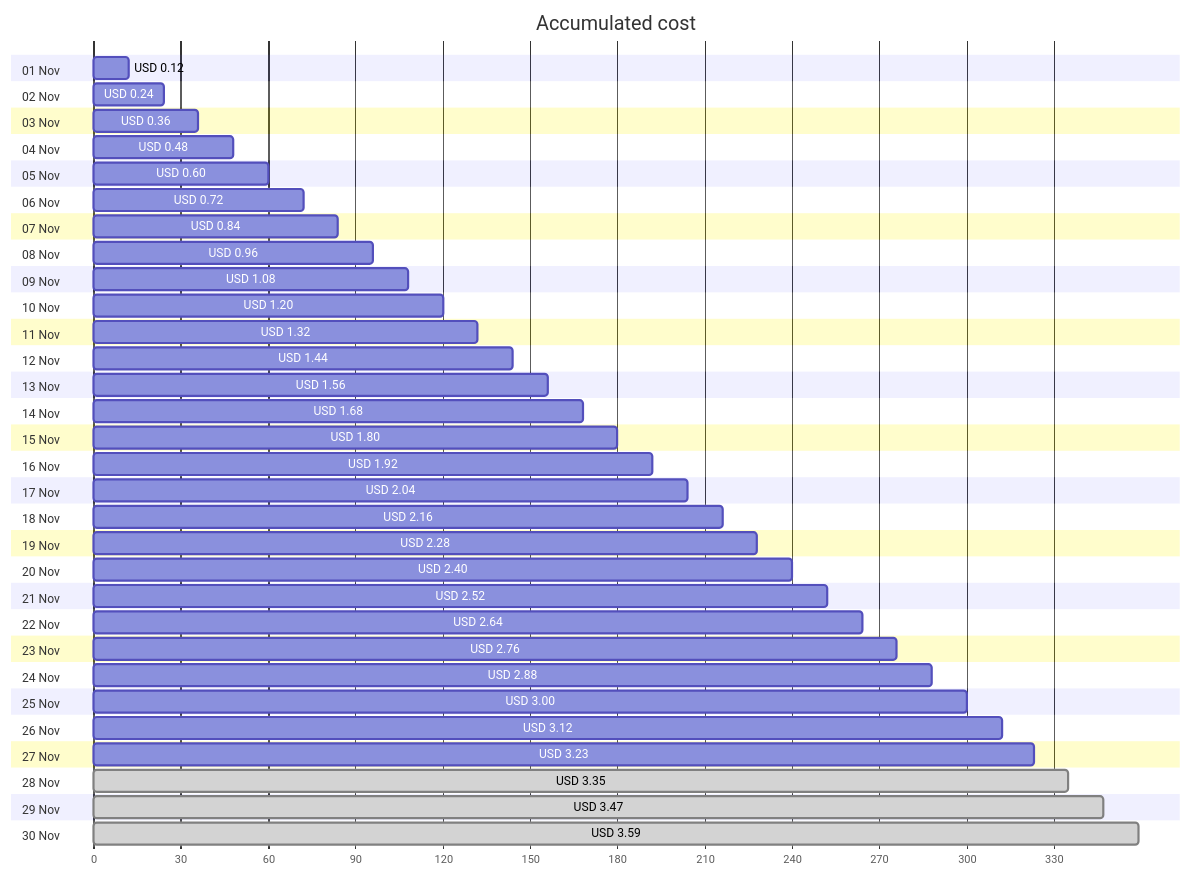
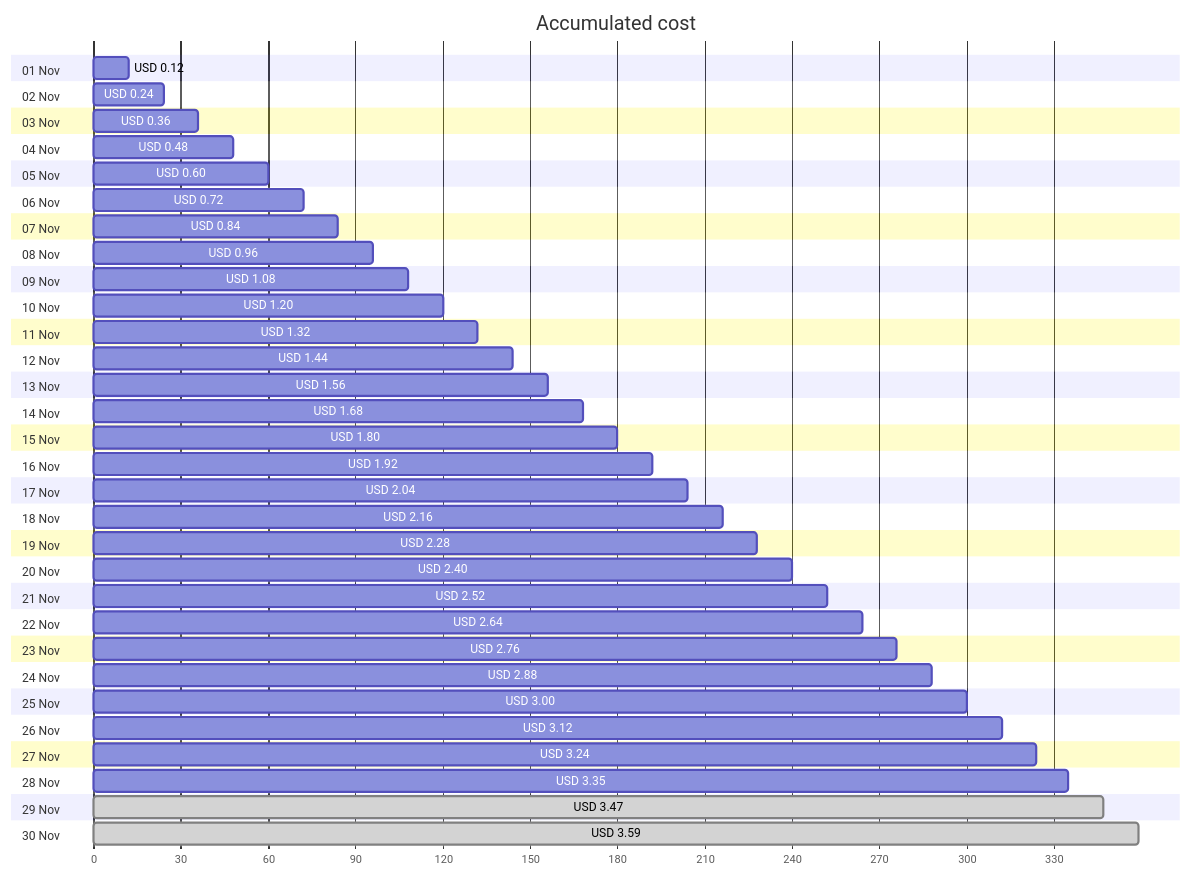
The first of 4 diagrams in cost-reports/personal-network/backup-server-public-ip.md (jpfulton/azure-personal-reports), drawn with Mermaid before and after one commit. The commit also changed other lines of this file and 8 other files, not shown here.

````diff
--- a/cost-reports/personal-network/backup-server-public-ip.md
+++ b/cost-reports/personal-network/backup-server-public-ip.md
@@ -20,66 +20,66 @@
 ```mermaid
 gantt
    title Accumulated cost
    dateFormat  X
    axisFormat %s
    section 01 Nov
    USD 0.12 :0, 12
    section 02 Nov
    USD 0.24 :0, 24
    section 03 Nov
    USD 0.36 :0, 36
    section 04 Nov
    USD 0.48 :0, 48
    section 05 Nov
    USD 0.60 :0, 60
    section 06 Nov
    USD 0.72 :0, 72
    section 07 Nov
    USD 0.84 :0, 84
    section 08 Nov
    USD 0.96 :0, 96
    section 09 Nov
    USD 1.08 :0, 108
    section 10 Nov
    USD 1.20 :0, 120
    section 11 Nov
    USD 1.32 :0, 132
    section 12 Nov
    USD 1.44 :0, 144
    section 13 Nov
    USD 1.56 :0, 156
    section 14 Nov
    USD 1.68 :0, 168
    section 15 Nov
    USD 1.80 :0, 180
    section 16 Nov
    USD 1.92 :0, 192
    section 17 Nov
    USD 2.04 :0, 204
    section 18 Nov
    USD 2.16 :0, 216
    section 19 Nov
    USD 2.28 :0, 228
    section 20 Nov
    USD 2.40 :0, 240
    section 21 Nov
    USD 2.52 :0, 252
    section 22 Nov
    USD 2.64 :0, 264
    section 23 Nov
    USD 2.76 :0, 276
    section 24 Nov
    USD 2.88 :0, 288
    section 25 Nov
    USD 3.00 :0, 300
    section 26 Nov
    USD 3.12 :0, 312
    section 27 Nov
-   USD 3.23 :0, 323
+   USD 3.24 :0, 324
    section 28 Nov
-   USD 3.35 : done, 0, 335
+   USD 3.35 :0, 335
    section 29 Nov
    USD 3.47 : done, 0, 347
    section 30 Nov
    USD 3.59 : done, 0, 359
 ```
````
